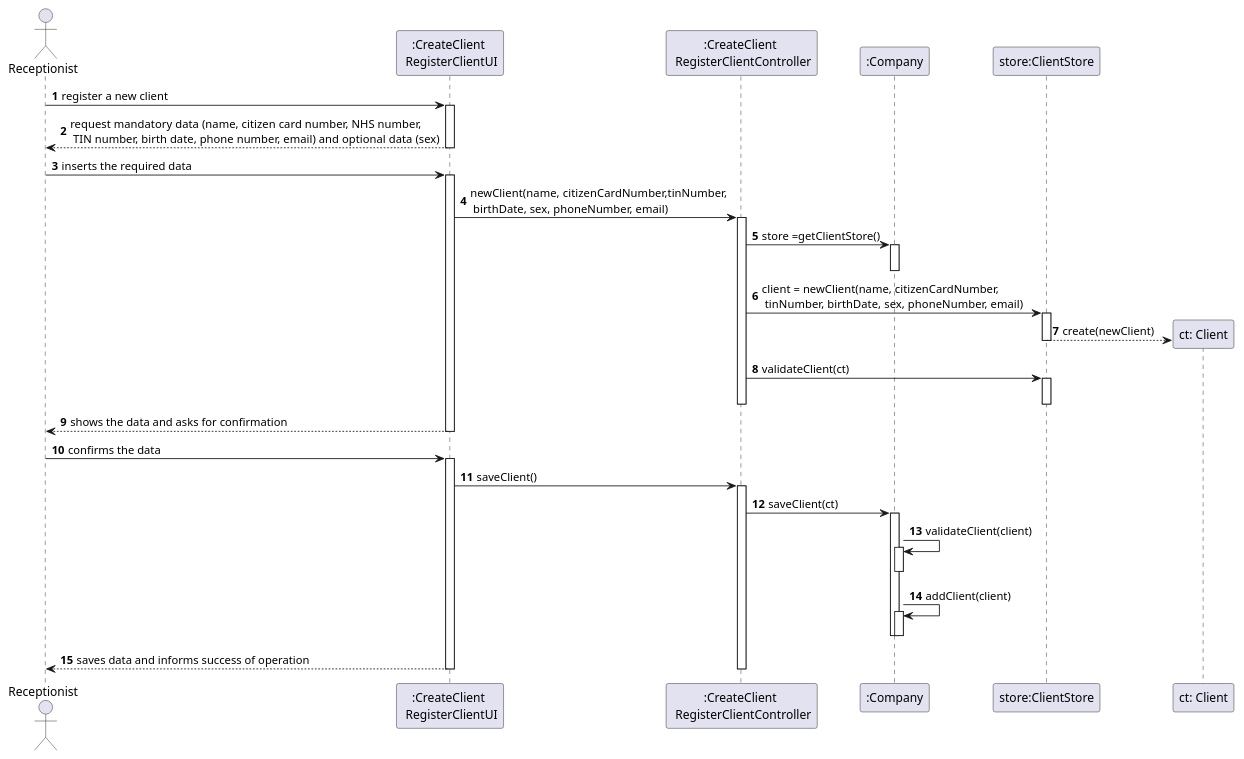
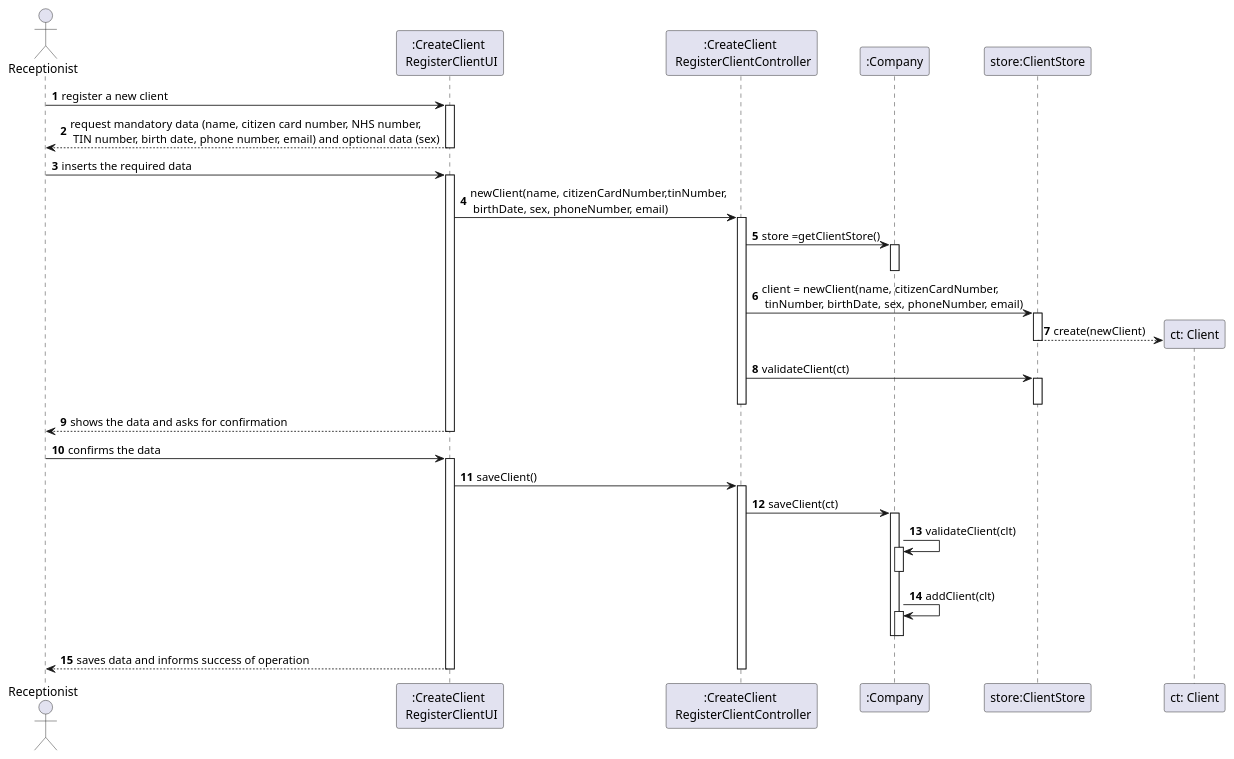
One commit to GuilhermeCunha79/lapr2 changed the diagram in docs/SprintB/US3/UC03_SD.puml. Above: the diagram before and after it, drawn with PlantUML. The commit also changed 11 other files, not shown here.

Commit message:
Update of the diagrams (SSD,MD,SD) [US-07] [Requirements Engineering]

```diff
--- a/docs/SprintB/US3/UC03_SD.puml
+++ b/docs/SprintB/US3/UC03_SD.puml
@@ -1,68 +1,68 @@
 @startuml
 autonumber
 'hide footbox
 actor "Receptionist" as RECEP
 
 participant ":CreateClient \n RegisterClientUI" as UI
 participant ":CreateClient \n RegisterClientController" as CTRL
 participant ":Company" as C
 participant "store:ClientStore" as CS
 participant "ct: Client" as CL
 
 
 
 RECEP -> UI : register a new client
 activate UI
     UI --> RECEP : request mandatory data (name, citizen card number, NHS number,\n TIN number, birth date, phone number, email) and optional data (sex)
 deactivate UI
 
 RECEP -> UI : inserts the required data
 activate UI
     UI -> CTRL : newClient(name, citizenCardNumber,tinNumber,\n birthDate, sex, phoneNumber, email)
 
 activate CTRL
 
         CTRL -> C: store =getClientStore()
         activate C
         deactivate C
 
         CTRL -> CS: client = newClient(name, citizenCardNumber,\n tinNumber, birthDate, sex, phoneNumber, email)
 
         activate CS
         CS --> CL** : create(newClient)
         deactivate CS
 
         CTRL -> CS : validateClient(ct)
         activate CS
         deactivate CS
 
 
 
     deactivate CTRL
     UI --> RECEP : shows the data and asks for confirmation
 deactivate UI
 RECEP -> UI : confirms the data
 activate UI
 
     UI -> CTRL : saveClient()
 
 activate CTRL
     CTRL -> C : saveClient(ct)
 
 activate C
 
-    C -> C : validateClient(client)
+    C -> C : validateClient(clt)
     activate C
     deactivate C
-    C -> C : addClient(client)
+    C -> C : addClient(clt)
     activate C
     deactivate C
     deactivate C
 
 
 UI --> RECEP : saves data and informs success of operation
 deactivate C
 deactivate UI
 deactivate CTRL
 
 @enduml
```
